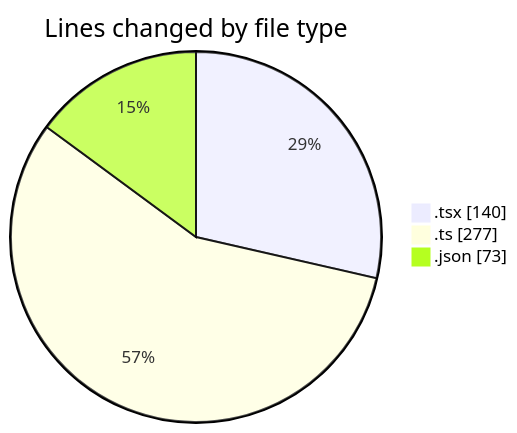
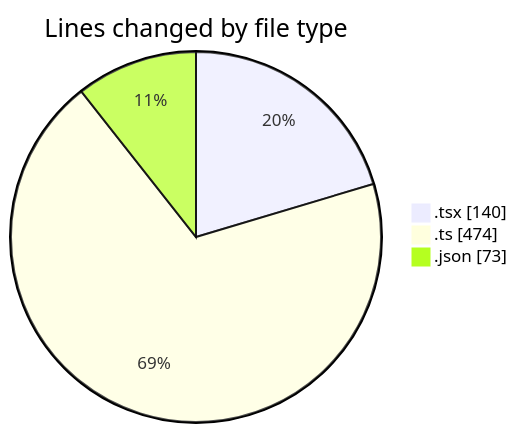
Before and after one commit to robertbonfada/code-tracking: the first of 2 diagrams in 2025-01-20/mbc-web/README.md, drawn with Mermaid. The commit also changed other lines of this file and 1 other file, not shown here.

````diff
--- a/2025-01-20/mbc-web/README.md
+++ b/2025-01-20/mbc-web/README.md
@@ -24,7 +25,7 @@
 ```mermaid
 pie showData
 title Lines changed by file type
 ".tsx" : 140
-".ts" : 277
+".ts" : 474
 ".json" : 73
 ```
````
